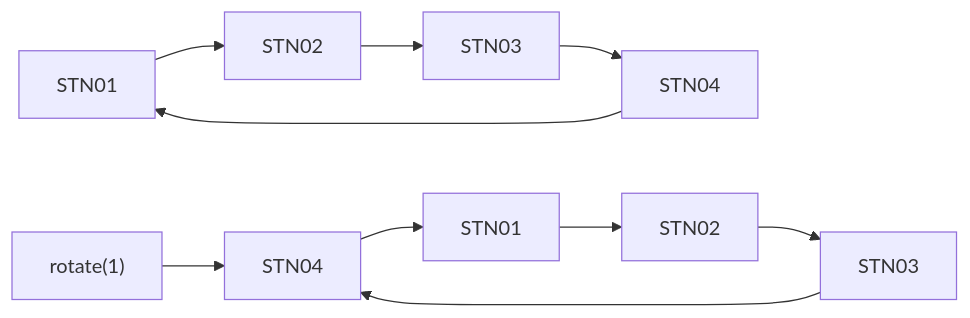
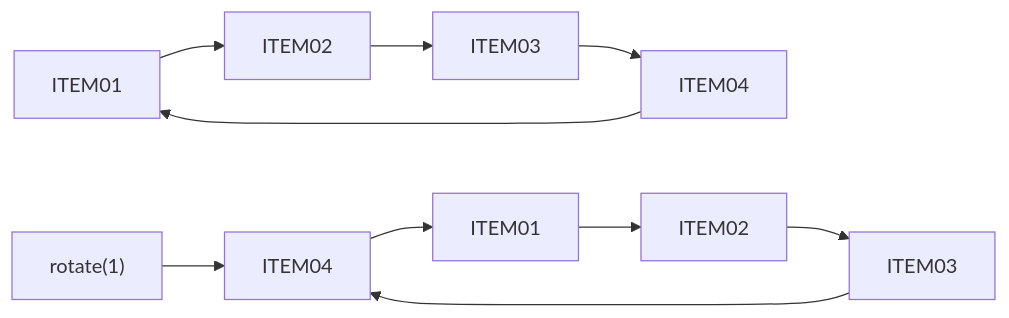
Before and after one commit to qgjones9/python-programming-guide: the seventh of 7 diagrams in docs/dsa/data-structures/dequeue-deque/index.md, drawn with Mermaid. The commit also changed other lines of this file and 31 other files, not shown here.

````diff
--- a/docs/dsa/data-structures/dequeue-deque/index.md
+++ b/docs/dsa/data-structures/dequeue-deque/index.md
@@ -698,7 +698,7 @@
 ```mermaid
 flowchart LR
-  A["STN01"] --> B["STN02"] --> C["STN03"] --> D["STN04"]
-  D --> A
-  rotate1["rotate(1)"] --> A2["STN04"] --> B2["STN01"] --> C2["STN02"] --> D2["STN03"]
-  D2 --> A2
+ A["ITEM01"] --> B["ITEM02"] --> C["ITEM03"] --> D["ITEM04"]
+ D --> A
+ rotate1["rotate(1)"] --> A2["ITEM04"] --> B2["ITEM01"] --> C2["ITEM02"] --> D2["ITEM03"]
+ D2 --> A2
 ```
````
